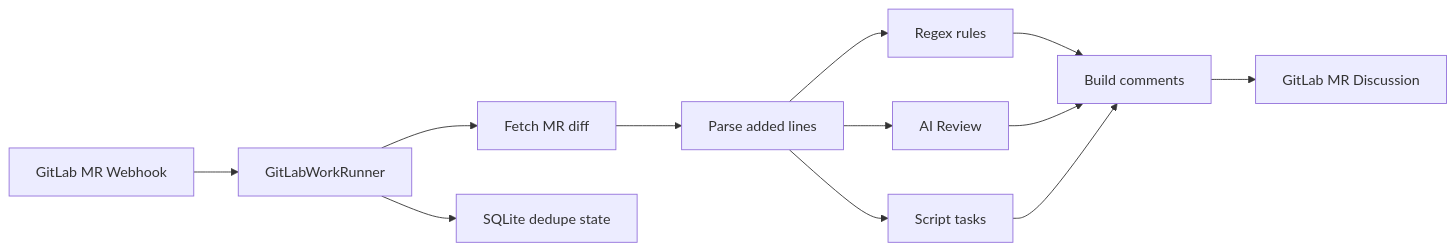
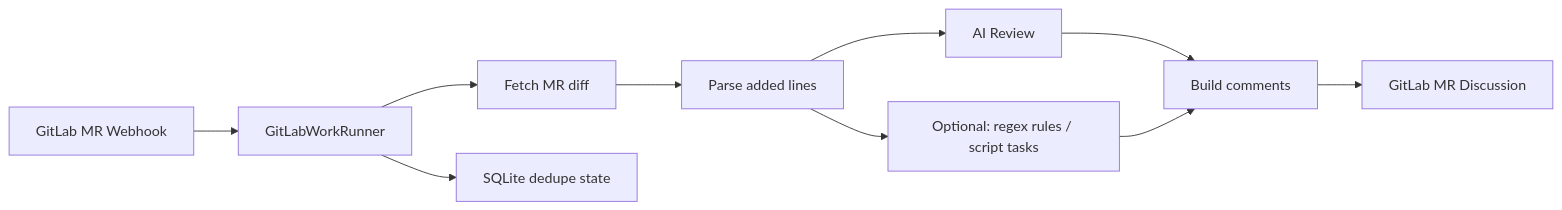
The first of 2 diagrams in README.en.md (SwartzMss/GitLabWorkRunner), drawn with Mermaid before and after one commit. The commit also changed other lines of this file and 3 other files, not shown here.

````diff
--- a/README.en.md
+++ b/README.en.md
@@ -11,14 +11,12 @@
 ```mermaid
 flowchart LR
     A["GitLab MR Webhook"] --> B["GitLabWorkRunner"]
     B --> C["Fetch MR diff"]
     C --> D["Parse added lines"]
-    D --> E["Regex rules"]
     D --> F["AI Review"]
-    D --> G["Script tasks"]
-    E --> H["Build comments"]
-    F --> H
-    G --> H
+    D --> E["Optional: regex rules / script tasks"]
+    F --> H["Build comments"]
+    E --> H
     H --> I["GitLab MR Discussion"]
     B --> J["SQLite dedupe state"]
 ```
````
